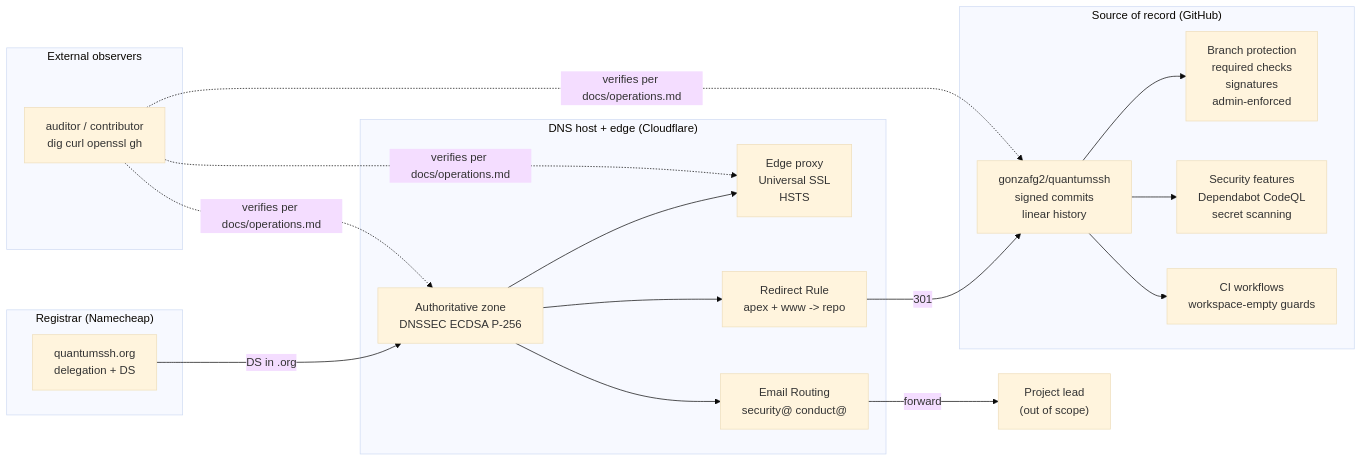
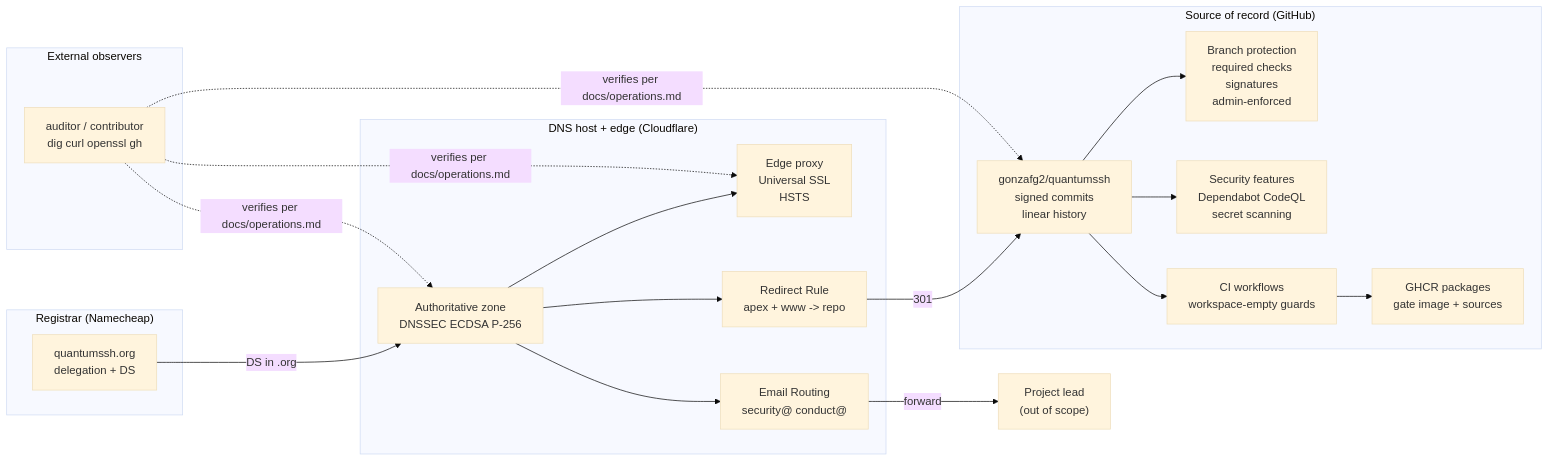
The diagram in docs/infrastructure.md (gonzafg2/quantumssh), drawn with Mermaid (base theme) before and after one commit. The commit also changed other lines of this file and 2 other files, not shown here.

First line of the commit message:
docs: the gate image in the changelog, infrastructure and operations docs (#268)

````diff
--- a/docs/infrastructure.md
+++ b/docs/infrastructure.md
@@ -46,37 +46,39 @@
 ```mermaid
 flowchart LR
     subgraph REG["Registrar (Namecheap)"]
         Domain["quantumssh.org<br/>delegation + DS"]
     end
 
     subgraph CF["DNS host + edge (Cloudflare)"]
         Zone["Authoritative zone<br/>DNSSEC ECDSA P-256"]
         Edge["Edge proxy<br/>Universal SSL<br/>HSTS"]
         Rules["Redirect Rule<br/>apex + www -> repo"]
         Mail["Email Routing<br/>security@ conduct@"]
         Zone --> Edge
         Zone --> Rules
         Zone --> Mail
     end
 
     subgraph GH["Source of record (GitHub)"]
         Repo["gonzafg2/quantumssh<br/>signed commits<br/>linear history"]
         Protect["Branch protection<br/>required checks<br/>signatures<br/>admin-enforced"]
         Sec["Security features<br/>Dependabot CodeQL<br/>secret scanning"]
         CI["CI workflows<br/>workspace-empty guards"]
+        Pkg["GHCR packages<br/>gate image + sources"]
         Repo --> Protect
         Repo --> Sec
         Repo --> CI
+        CI --> Pkg
     end
 
     subgraph OBS["External observers"]
         Auditor["auditor / contributor<br/>dig curl openssl gh"]
     end
 
     Domain -- "DS in .org" --> Zone
     Rules -- "301" --> Repo
     Mail -- "forward" --> Lead["Project lead<br/>(out of scope)"]
     Auditor -. "verifies per docs/operations.md" .-> Zone
     Auditor -. "verifies per docs/operations.md" .-> Edge
     Auditor -. "verifies per docs/operations.md" .-> Repo
 ```
````
